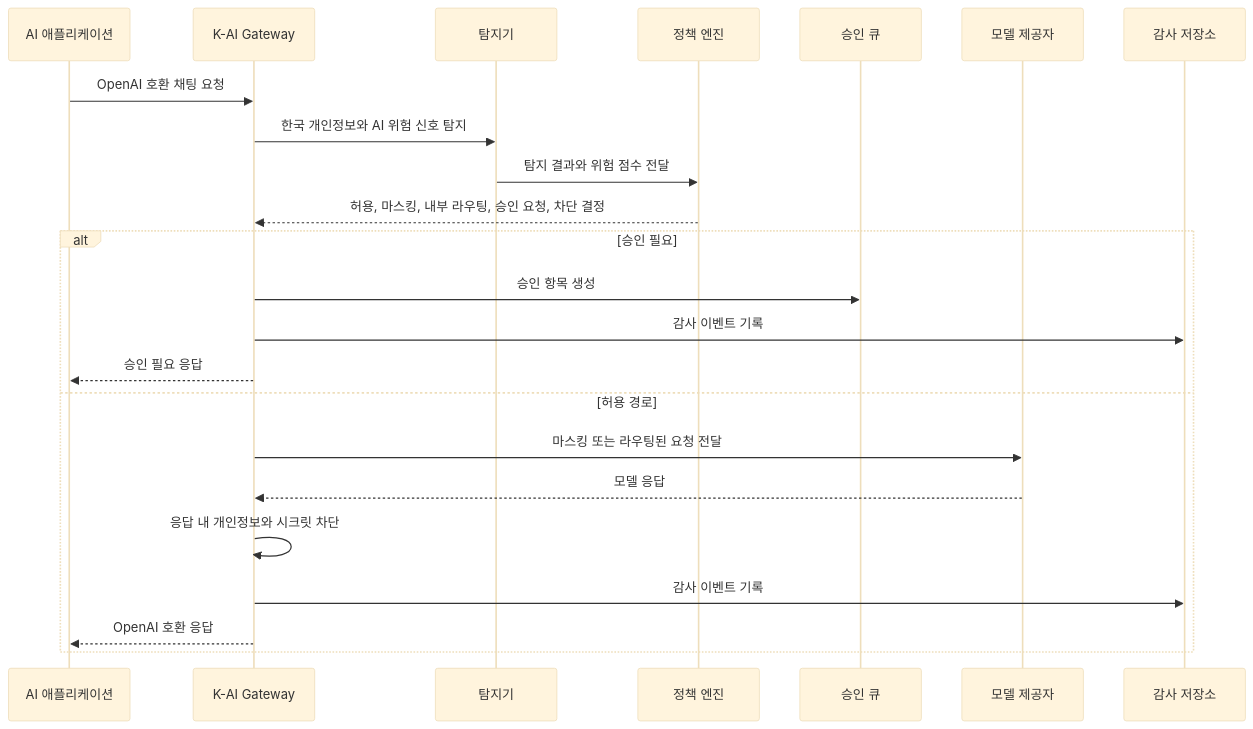
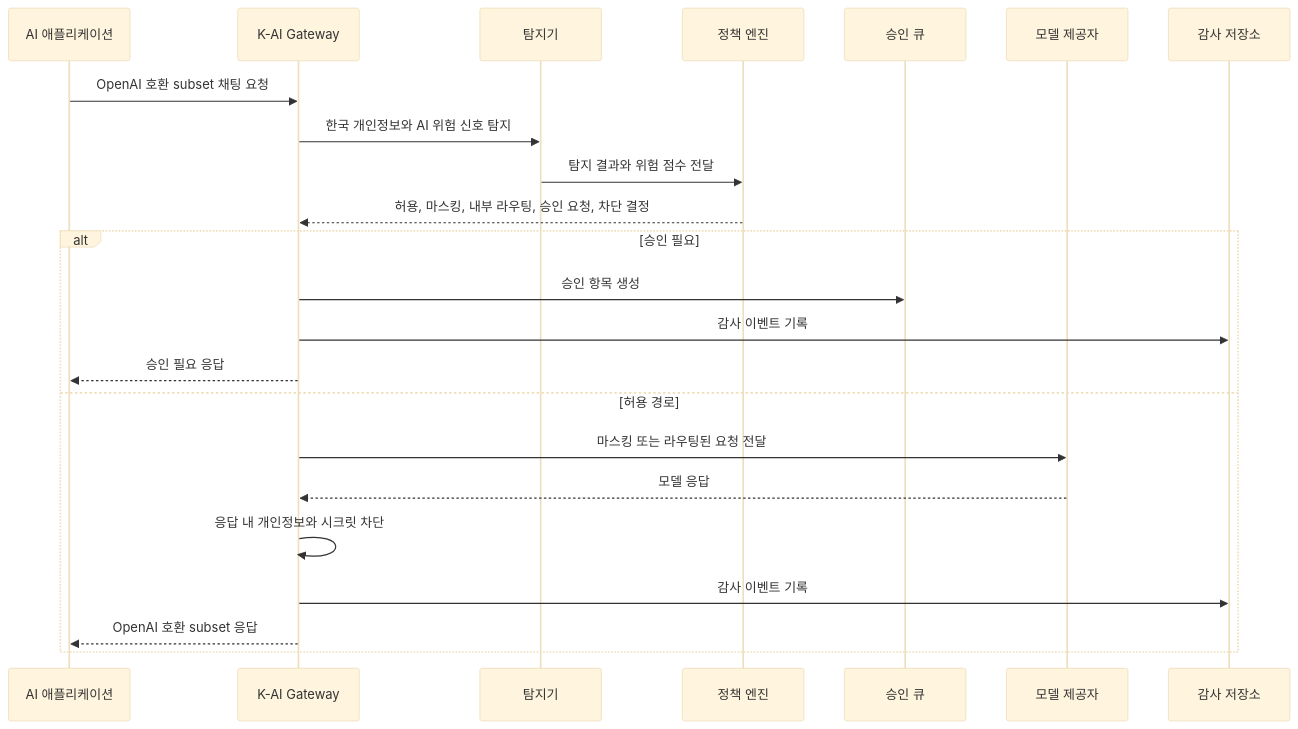
One commit to sinmb79/k-ai-security-gateway changed the second of 2 diagrams in README.ko.md. Above: the diagram before and after it, drawn with Mermaid (base theme). The commit also changed other lines of this file and 22 other files, not shown here.

````diff
--- a/README.ko.md
+++ b/README.ko.md
@@ -67,26 +67,26 @@
 ```mermaid
 sequenceDiagram
     participant App as AI 애플리케이션
     participant GW as K-AI Gateway
     participant D as 탐지기
     participant P as 정책 엔진
     participant Q as 승인 큐
     participant M as 모델 제공자
     participant A as 감사 저장소
 
-    App->>GW: OpenAI 호환 채팅 요청
+    App->>GW: OpenAI 호환 subset 채팅 요청
     GW->>D: 한국 개인정보와 AI 위험 신호 탐지
     D->>P: 탐지 결과와 위험 점수 전달
     P-->>GW: 허용, 마스킹, 내부 라우팅, 승인 요청, 차단 결정
     alt 승인 필요
         GW->>Q: 승인 항목 생성
         GW->>A: 감사 이벤트 기록
         GW-->>App: 승인 필요 응답
     else 허용 경로
         GW->>M: 마스킹 또는 라우팅된 요청 전달
         M-->>GW: 모델 응답
         GW->>GW: 응답 내 개인정보와 시크릿 차단
         GW->>A: 감사 이벤트 기록
-        GW-->>App: OpenAI 호환 응답
+        GW-->>App: OpenAI 호환 subset 응답
     end
 ```
````
